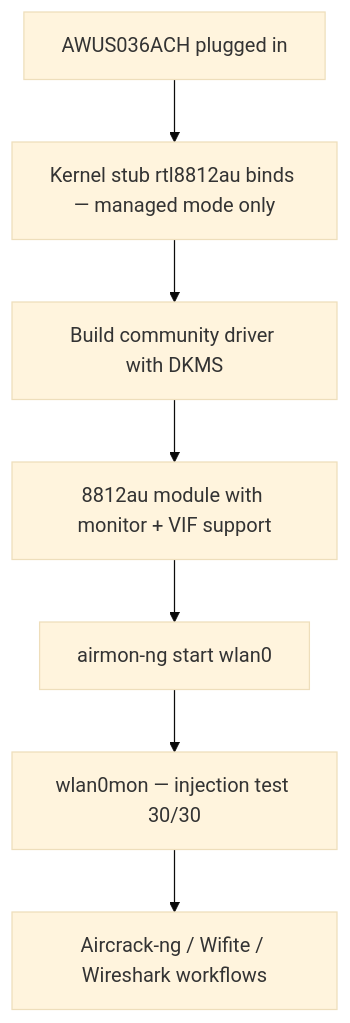
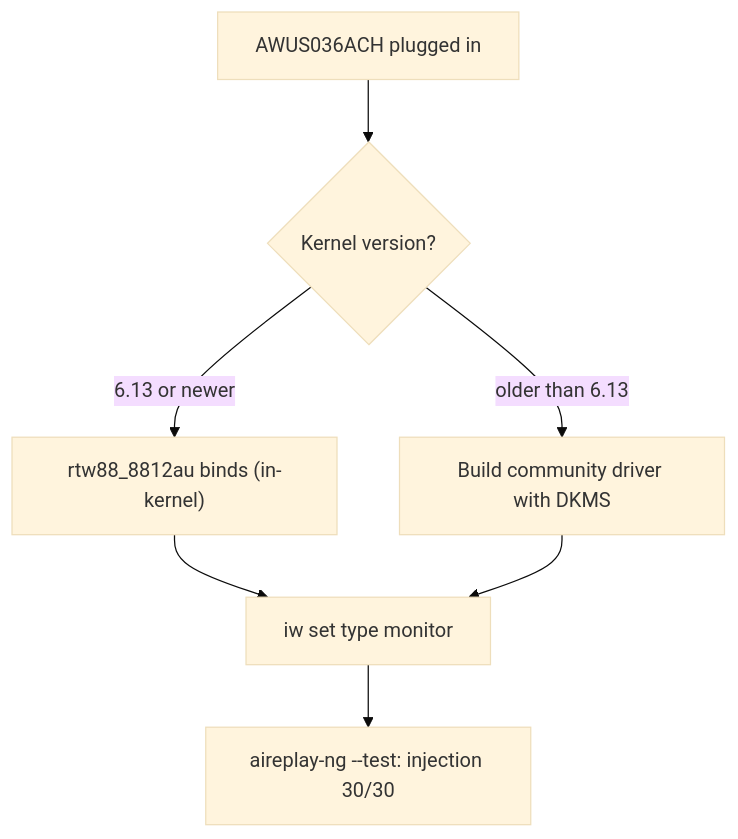
Before and after one commit to yopitek/yupitek-wiki: the diagram in docs/01-alfa-network/drivers/rtl8812au/index.md, drawn with Mermaid (base theme). The commit also changed other lines of this file and 108 other files, not shown here.

````diff
--- a/docs/01-alfa-network/drivers/rtl8812au/index.md
+++ b/docs/01-alfa-network/drivers/rtl8812au/index.md
@@ -20,9 +25,9 @@
 ```mermaid
 flowchart TD
-    A["AWUS036ACH plugged in"] --> B["Kernel stub rtl8812au binds — managed mode only"]
-    B --> C["Build community driver with DKMS"]
-    C --> D["8812au module with monitor + VIF support"]
-    D --> E["airmon-ng start wlan0"]
-    E --> F["wlan0mon — injection test 30/30"]
-    F --> G["Aircrack-ng / Wifite / Wireshark workflows"]
+    A["AWUS036ACH plugged in"] --> B{"Kernel version?"}
+    B -->|"6.13 or newer"| C["rtw88_8812au binds (in-kernel)"]
+    B -->|"older than 6.13"| D["Build community driver with DKMS"]
+    C --> E["iw set type monitor"]
+    D --> E
+    E --> F["aireplay-ng --test: injection 30/30"]
 ```
````
